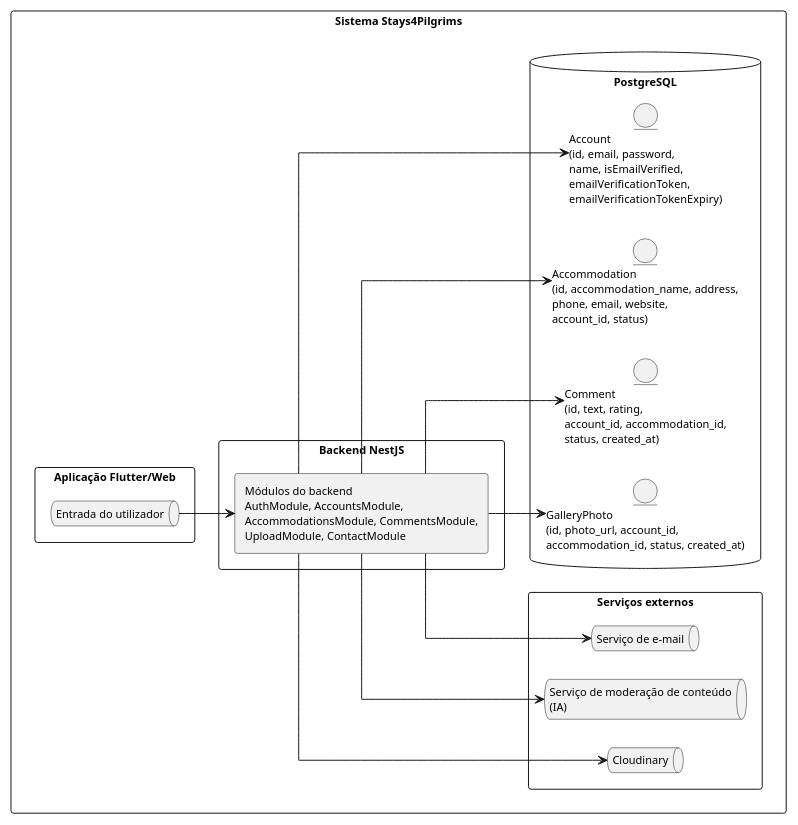
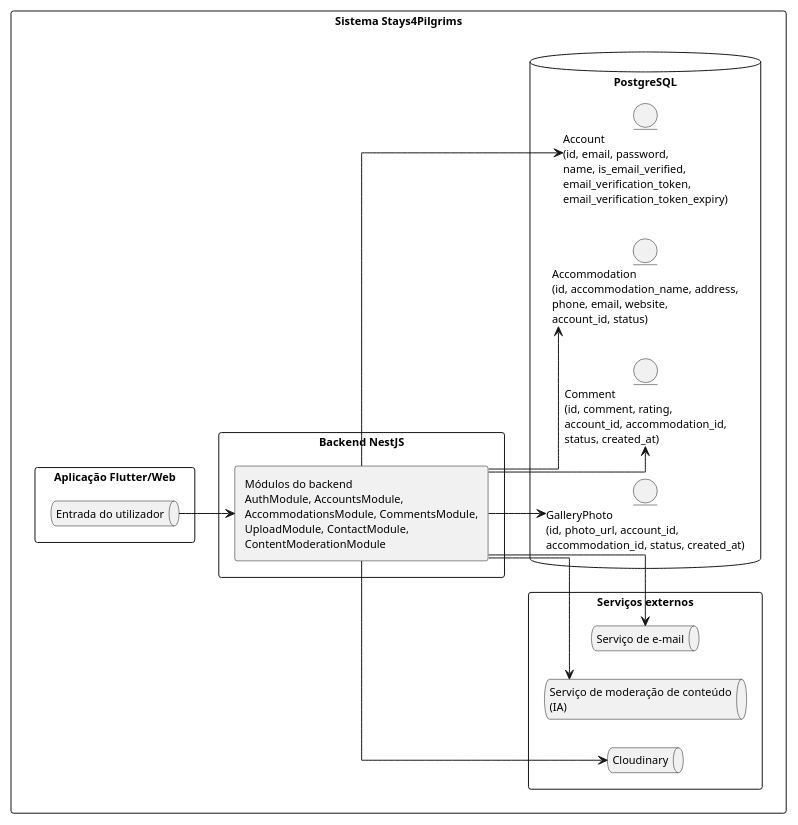
Before and after one commit to alegna83/cookbook-be: the diagram in docs/diagrams/dataflow-pii-retention.puml, drawn with PlantUML. The commit also changed 1 other file, not shown here.

```diff
--- a/docs/diagrams/dataflow-pii-retention.puml
+++ b/docs/diagrams/dataflow-pii-retention.puml
@@ -1,57 +1,57 @@
 @startuml
 
 left to right direction
 scale 0.9
 skinparam defaultFontName Arial
 skinparam defaultFontSize 11
 skinparam linetype ortho
 skinparam shadowing false
 skinparam packageStyle rectangle
 skinparam packageTitleFontSize 12
 skinparam componentStyle rectangle
 skinparam nodesep 28
 skinparam ranksep 38
 
 skinparam package {
   Padding 10
 }
 
 skinparam note {
   FontSize 10
   Padding 6
 }
 
 package "Sistema Stays4Pilgrims" {
   package "Aplicação Flutter/Web" as Frontend {
     queue "Entrada do utilizador" as FE_INPUT
   }
 
   package "Backend NestJS" as Backend {
-    component "Módulos do backend\nAuthModule, AccountsModule,\nAccommodationsModule, CommentsModule,\nUploadModule, ContactModule" as BACKEND_MODULES
+    component "Módulos do backend\nAuthModule, AccountsModule,\nAccommodationsModule, CommentsModule,\nUploadModule, ContactModule,\nContentModerationModule" as BACKEND_MODULES
   }
 
   package "Serviços externos" {
     queue "Serviço de e-mail" as EMAIL_SVC
     queue "Serviço de moderação de conteúdo\n(IA)" as MODERATION
     queue "Cloudinary" as CLOUDINARY
   }
 
   database "PostgreSQL" as DB {
-    entity "Account\n(id, email, password,\nname, isEmailVerified,\nemailVerificationToken,\nemailVerificationTokenExpiry)" as TBL_ACC
+    entity "Account\n(id, email, password,\nname, is_email_verified,\nemail_verification_token,\nemail_verification_token_expiry)" as TBL_ACC
     entity "Accommodation\n(id, accommodation_name, address,\nphone, email, website,\naccount_id, status)" as TBL_PLACES
-    entity "Comment\n(id, text, rating,\naccount_id, accommodation_id,\nstatus, created_at)" as TBL_COMMENTS
+    entity "Comment\n(id, comment, rating,\naccount_id, accommodation_id,\nstatus, created_at)" as TBL_COMMENTS
     entity "GalleryPhoto\n(id, photo_url, account_id,\naccommodation_id, status, created_at)" as TBL_GALLERY
   }
 }
 
 FE_INPUT --> BACKEND_MODULES
 
 BACKEND_MODULES --> TBL_ACC
 BACKEND_MODULES --> TBL_PLACES
 BACKEND_MODULES --> TBL_COMMENTS
 BACKEND_MODULES --> TBL_GALLERY
 BACKEND_MODULES --> EMAIL_SVC
 BACKEND_MODULES --> MODERATION
 BACKEND_MODULES --> CLOUDINARY
 
 @enduml
```
